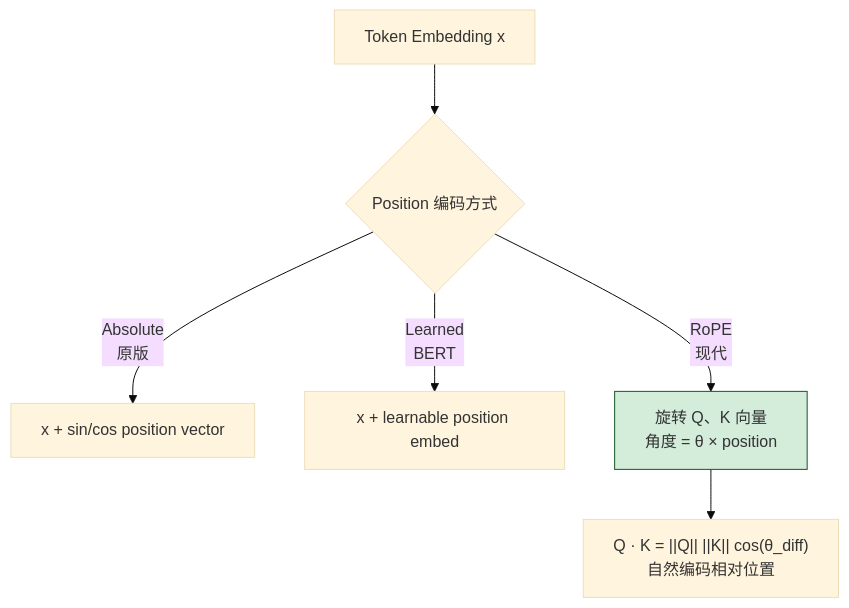
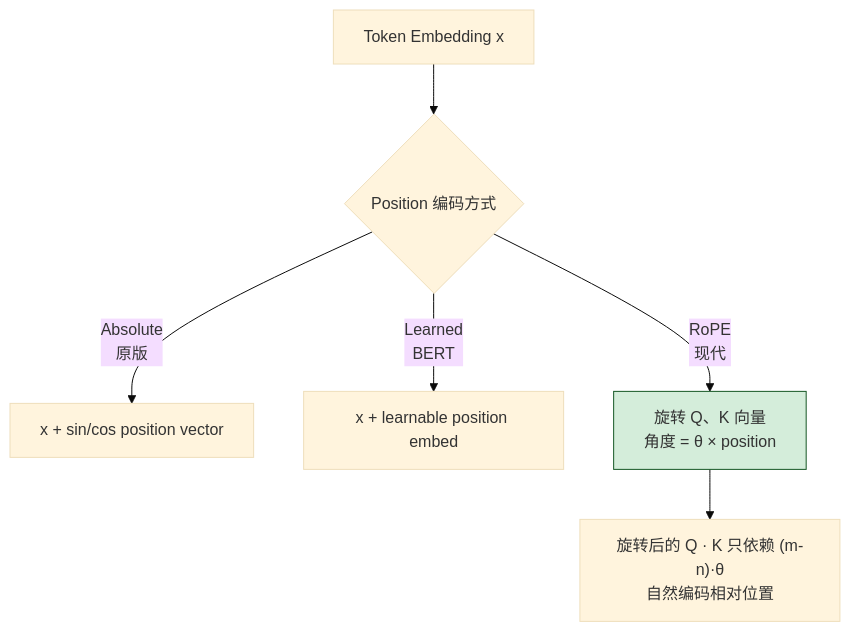
Before and after one commit to ChuwuYo/misc-files: the tenth of 13 diagrams in AI应用工程师学习指南/11-LLM原理.md, drawn with Mermaid (base theme). The commit also changed other lines of this file and 27 other files, not shown here.

````diff
--- a/AI应用工程师学习指南/11-LLM原理.md
+++ b/AI应用工程师学习指南/11-LLM原理.md
@@ -755,11 +768,11 @@
 ```mermaid
 flowchart TB
     A[Token Embedding x] --> B{Position 编码方式}
     B -->|Absolute<br/>原版| B1[x + sin/cos position vector]
     B -->|Learned<br/>BERT| B2[x + learnable position embed]
     B -->|RoPE<br/>现代| B3["旋转 Q、K 向量<br/>角度 = θ × position"]
 
-    B3 --> C["Q · K = ||Q|| ||K|| cos(θ_diff)<br/>自然编码相对位置"]
+    B3 --> C["旋转后的 Q · K 只依赖 (m-n)·θ<br/>自然编码相对位置"]
 
     style B3 fill:#d4edda,stroke:#155724
 ```
````
